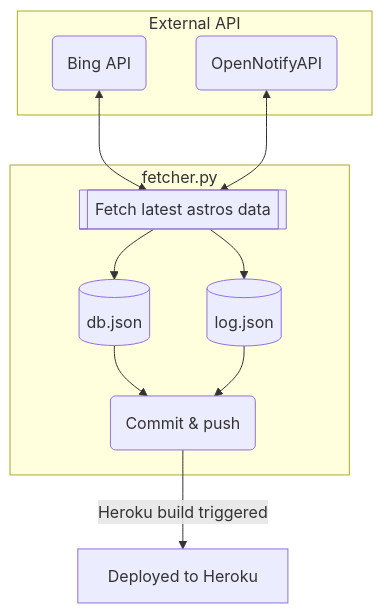
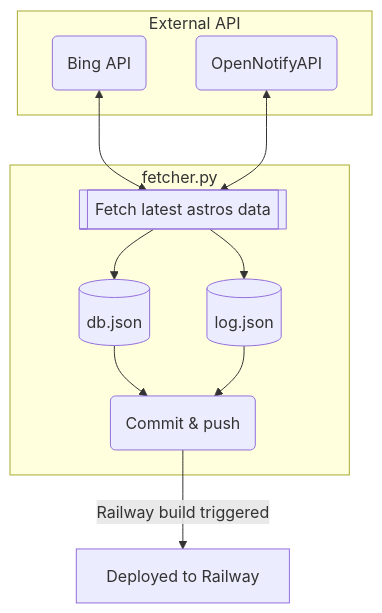
Before and after one commit to iqfareez/astros-api: the diagram in README.md, drawn with Mermaid. The commit also changed other lines of this file and 4 other files, not shown here.

````diff
--- a/README.md
+++ b/README.md
@@ -43,12 +50,12 @@
 ```mermaid
 flowchart TD
     subgraph "External API"
     A(OpenNotifyAPI) & B(Bing API)
     end
     B <--> C
     A <--> C
     subgraph fetcher.py
     C[[Fetch latest astros data]] --> D[(db.json)] & E[(log.json)] --> F(Commit & push)
     end
-    F -->|Heroku build triggered| G[Deployed to Heroku]
+    F -->|Railway build triggered| G[Deployed to Railway]
 ```
````
